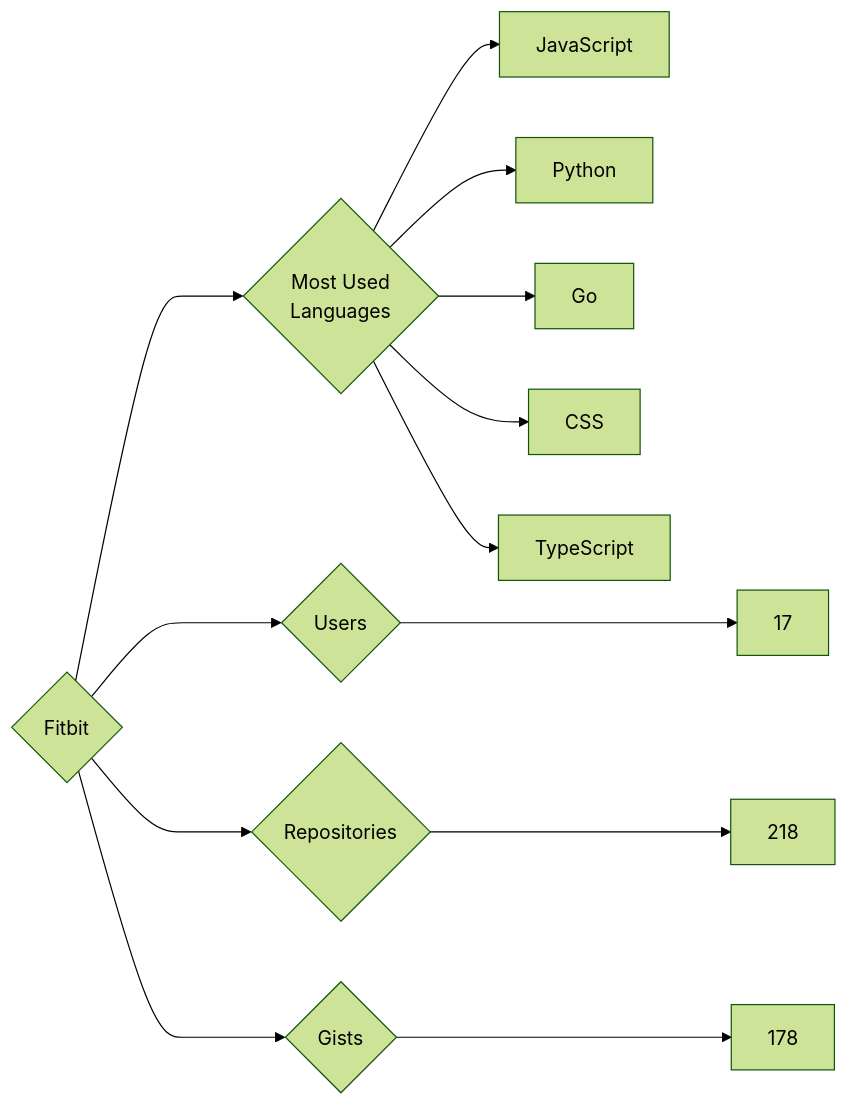
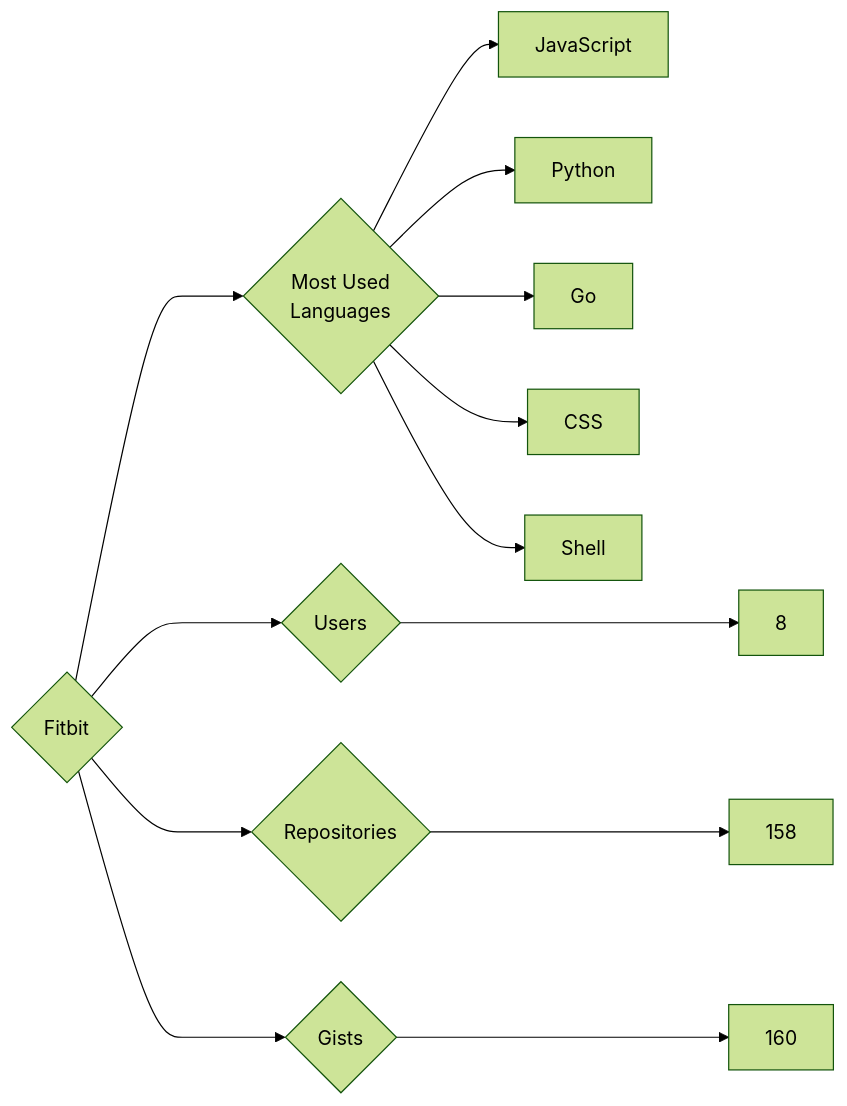
The diagram in targets/Fitbit/README.md (trickest/insiders), drawn with Mermaid (forest theme) before and after one commit. The commit also changed 837 other files, not shown here.

````diff
--- a/targets/Fitbit/README.md
+++ b/targets/Fitbit/README.md
@@ -3,13 +3,13 @@
 ```mermaid
 graph LR
 COMPANY_NAME{Fitbit}
-COMPANY_NAME ---> U{Users} ---> UN[17]
-COMPANY_NAME ---> R{Repositories} ---> RN[218]
-COMPANY_NAME ---> G{Gists} ---> GN[178]
+COMPANY_NAME ---> U{Users} ---> UN[8]
+COMPANY_NAME ---> R{Repositories} ---> RN[158]
+COMPANY_NAME ---> G{Gists} ---> GN[160]
 COMPANY_NAME ---> ML{Most Used<br>Languages}
 ML --> JavaScript[JavaScript]
 ML --> Python[Python]
 ML --> Go[Go]
 ML --> CSS[CSS]
-ML --> TypeScript[TypeScript]
+ML --> Shell[Shell]
 ```
````
